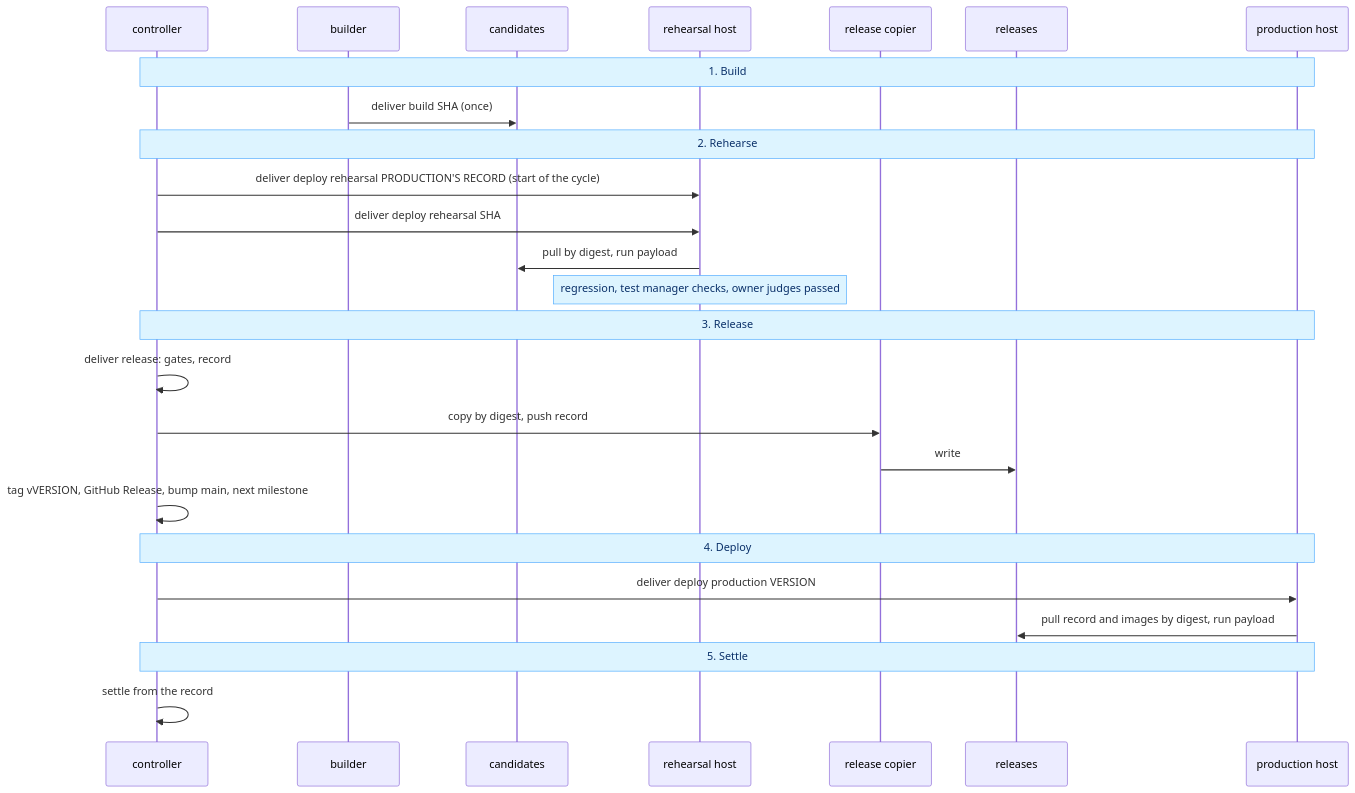
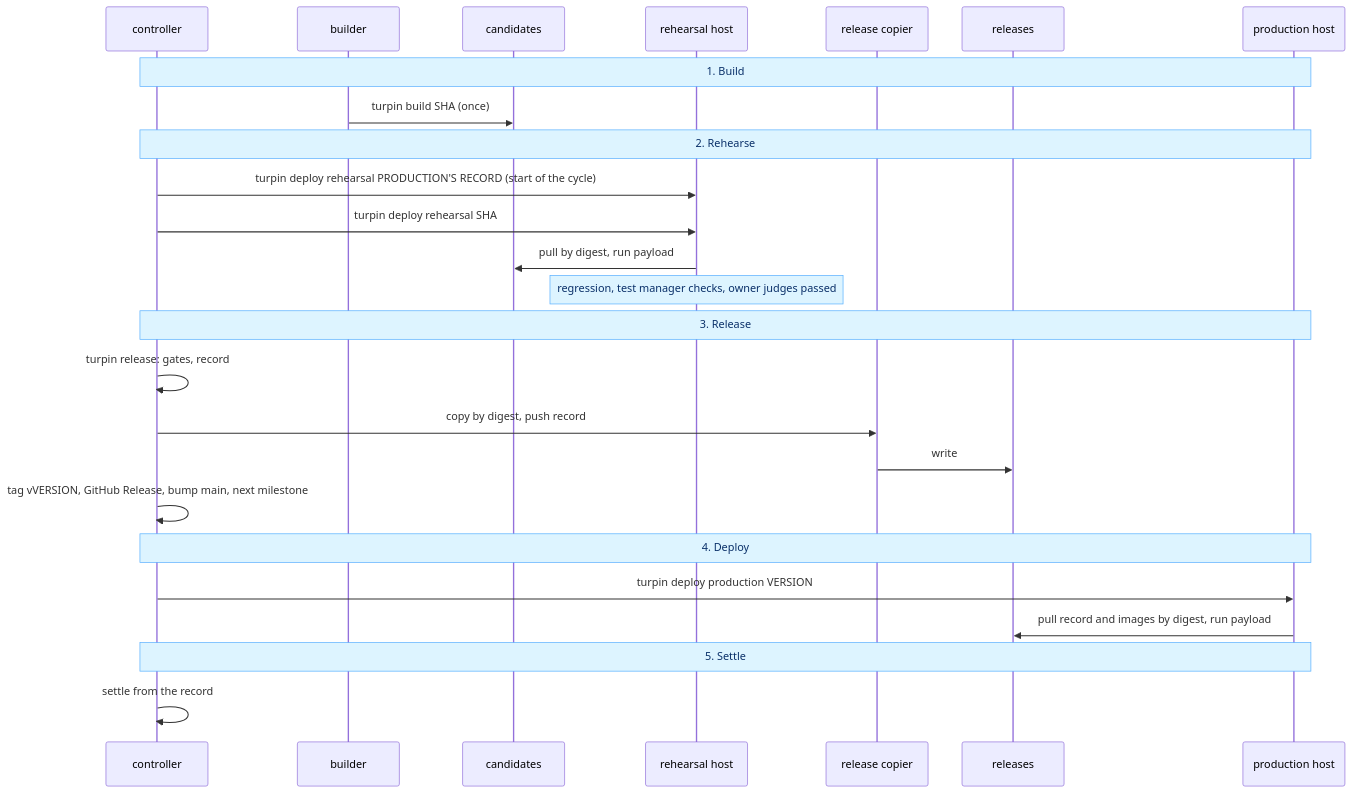
One commit to delphside/programme changed the sixth of 7 diagrams in records/2.5-changes/programme-tooling/117-generic-deliver-tool/design.md. Above: the diagram before and after it, drawn with Mermaid. The commit also changed other lines of this file and 38 other files, not shown here.

First line of the commit message:
Change 117: rename the deliver tool to Turpin

````diff
--- a/records/2.5-changes/programme-tooling/117-generic-deliver-tool/design.md
+++ b/records/2.5-changes/programme-tooling/117-generic-deliver-tool/design.md
@@ -637,28 +637,28 @@
 ```mermaid
 %%{init: {"themeVariables": {"noteBkgColor": "#ddf4ff", "noteBorderColor": "#54aeff", "noteTextColor": "#0a3069"}}}%%
 sequenceDiagram
   participant CN as controller
   participant BE as builder
   participant C as candidates
   participant H as rehearsal host
   participant RC as release copier
   participant R as releases
   participant P as production host
   Note over CN,P: 1. Build
-  BE->>C: deliver build SHA (once)
+  BE->>C: turpin build SHA (once)
   Note over CN,P: 2. Rehearse
-  CN->>H: deliver deploy rehearsal PRODUCTION'S RECORD (start of the cycle)
-  CN->>H: deliver deploy rehearsal SHA
+  CN->>H: turpin deploy rehearsal PRODUCTION'S RECORD (start of the cycle)
+  CN->>H: turpin deploy rehearsal SHA
   H->>C: pull by digest, run payload
   Note over H: regression, test manager checks, owner judges passed
   Note over CN,P: 3. Release
-  CN->>CN: deliver release: gates, record
+  CN->>CN: turpin release: gates, record
   CN->>RC: copy by digest, push record
   RC->>R: write
   CN->>CN: tag vVERSION, GitHub Release, bump main, next milestone
   Note over CN,P: 4. Deploy
-  CN->>P: deliver deploy production VERSION
+  CN->>P: turpin deploy production VERSION
   P->>R: pull record and images by digest, run payload
   Note over CN,P: 5. Settle
   CN->>CN: settle from the record
 ```
````
